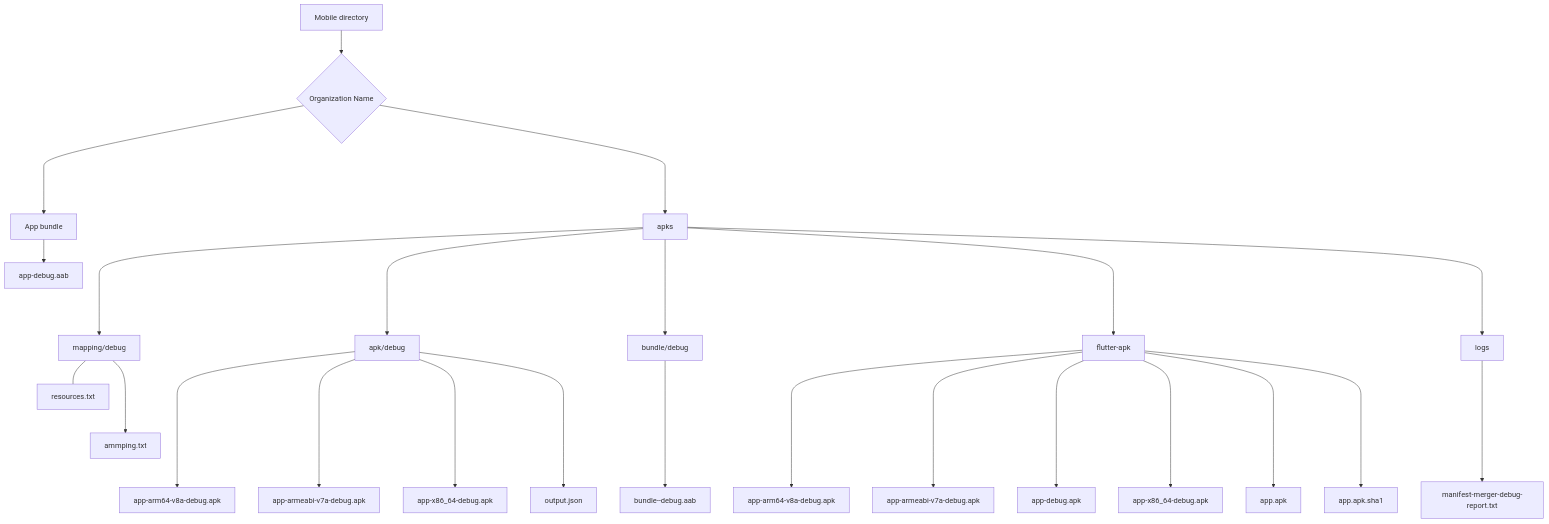
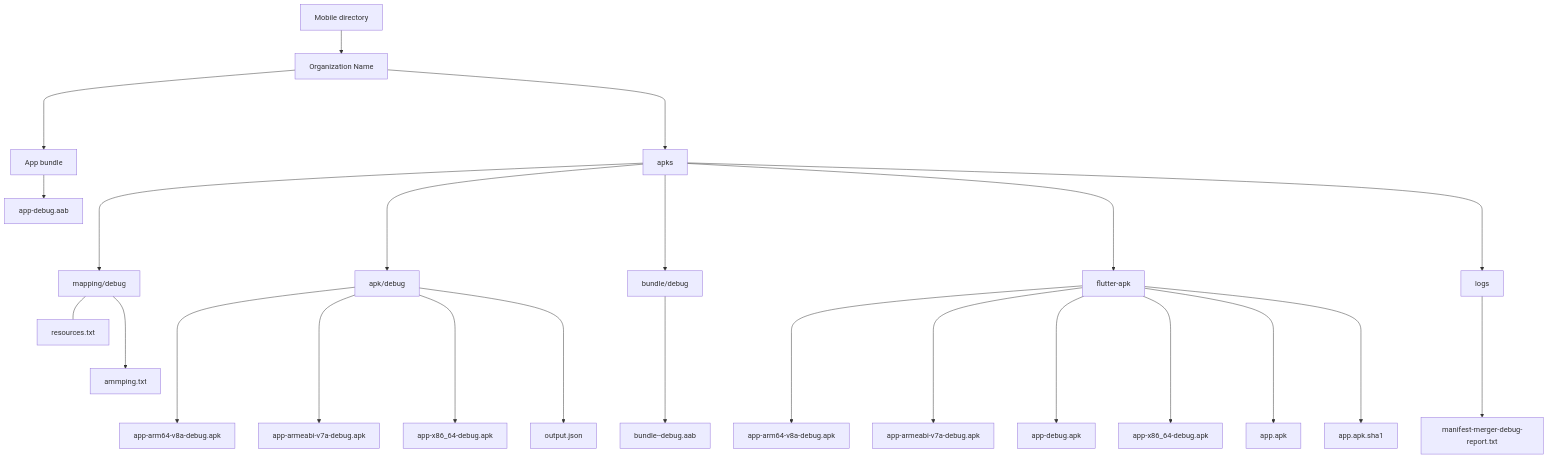
Before and after one commit to elirehema/appfiles: the diagram in README.md, drawn with Mermaid.

````diff
--- a/README.md
+++ b/README.md
@@ -6,27 +6,27 @@
 ```mermaid
 flowchart TD
-  A[Mobile directory] -->B{Organization Name};
+  A[Mobile directory] -->B[Organization Name];
   B ----> C[apks];
   B ----> D[App bundle];
   
   D --> app-debug.aab
   C ----> E[apk/debug];
   C ----> F[bundle/debug];
   C ----> G[flutter-apk];
   C ----> H[logs];
   C ----> I[mapping/debug];
   H ---->J[manifest-merger-debug-report.txt];
   E ---->K[app-arm64-v8a-debug.apk];
   E ---->L[app-armeabi-v7a-debug.apk];
   E ---->M[app-x86_64-debug.apk];
   E ---->N[output.json];
   F ---->O[bundle--debug.aab];
   G ---->P[app-arm64-v8a-debug.apk];
   G ---->Q[app-armeabi-v7a-debug.apk];
   G ---->R[app-debug.apk];
   G ---->S[app-x86_64-debug.apk];
   G ---->T[app.apk];
   G ---->U[app.apk.sha1];
   I --->V[ammping.txt];
   I ---W[resources.txt];
 ```
````
